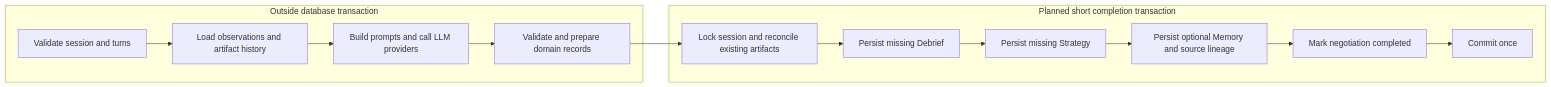
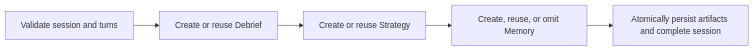
Before and after one commit to bikash-singhal/negotia: the third of 4 diagrams in README.md, drawn with Mermaid. The commit also changed other lines of this file and 7 other files, not shown here.

````diff
--- a/README.md
+++ b/README.md
@@ -409,25 +212,7 @@
 ```mermaid
 flowchart LR
-    subgraph Outside["Outside database transaction"]
-        Validate["Validate session and turns"]
-        Read["Load observations and artifact history"]
-        Generate["Build prompts and call LLM providers"]
-        Prepare["Validate and prepare domain records"]
-
-        Validate --> Read --> Generate --> Prepare
-    end
-
-    subgraph Transaction["Planned short completion transaction"]
-        Reconcile["Lock session and reconcile existing artifacts"]
-        PersistDebrief["Persist missing Debrief"]
-        PersistStrategy["Persist missing Strategy"]
-        PersistMemory["Persist optional Memory and source lineage"]
-        PersistStatus["Mark negotiation completed"]
-        Commit["Commit once"]
-
-        Reconcile --> PersistDebrief --> PersistStrategy
-        PersistStrategy --> PersistMemory --> PersistStatus --> Commit
-    end
-
-    Prepare --> Reconcile
+    A["Validate session and turns"] --> B["Create or reuse Debrief"]
+    B --> C["Create or reuse Strategy"]
+    C --> D["Create, reuse, or omit Memory"]
+    D --> E["Atomically persist artifacts and complete session"]
 ```
````
